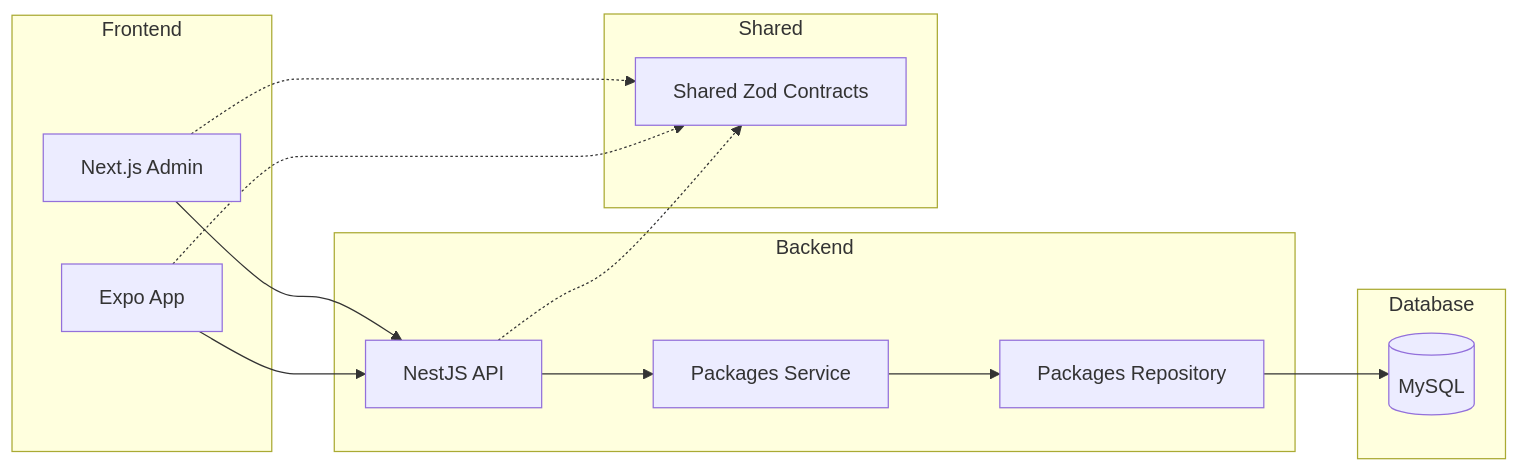
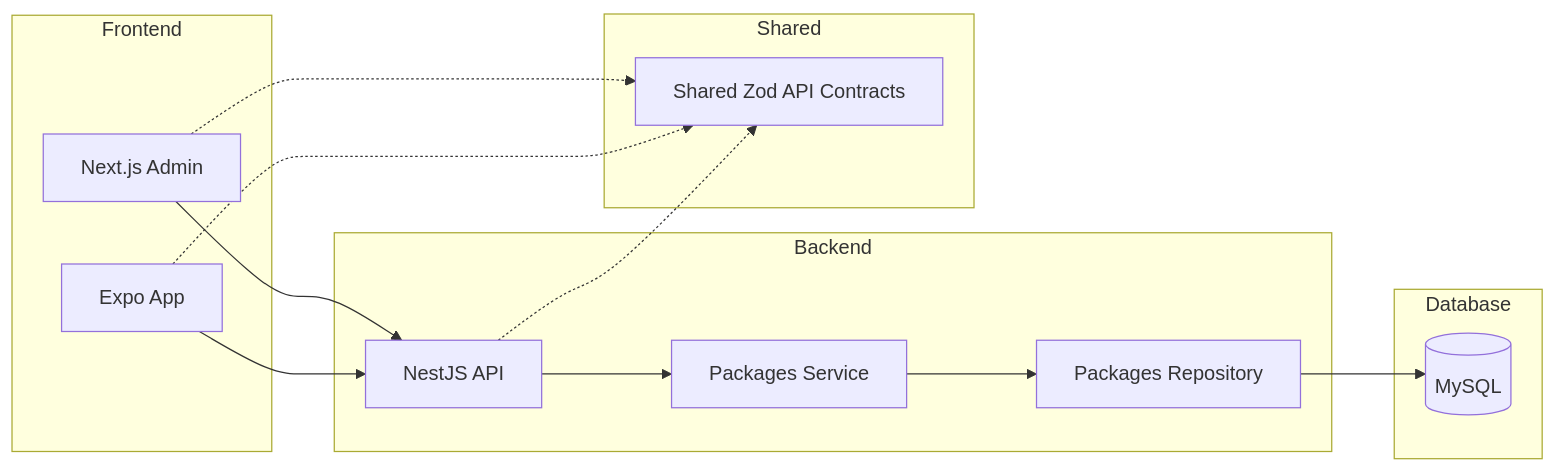
The diagram in docs/design.md (fauzanalghifary/wellness-package-management-system), drawn with Mermaid before and after one commit.

Commit message:
docs(design): clarify Zod contracts naming in shared subgraph

````diff
--- a/docs/design.md
+++ b/docs/design.md
@@ -27,32 +27,32 @@
 ```mermaid
 flowchart LR
    subgraph Frontend
       Admin["Next.js Admin"]
       Mobile["Expo App"]
    end
 
    subgraph Backend
       API["NestJS API"]
       Service["Packages Service"]
       Repo["Packages Repository"]
    end
 
    subgraph Shared
-      Zod["Shared Zod Contracts"]
+      Zod["Shared Zod API Contracts"]
    end
 
    subgraph Database
       MySQL[("MySQL")]
    end
 
    Admin --> API
    Mobile --> API
 
    API --> Service
    Service --> Repo
    Repo --> MySQL
 
    Admin -.-> Zod
    Mobile -.-> Zod
    API -.-> Zod
 ```
````
